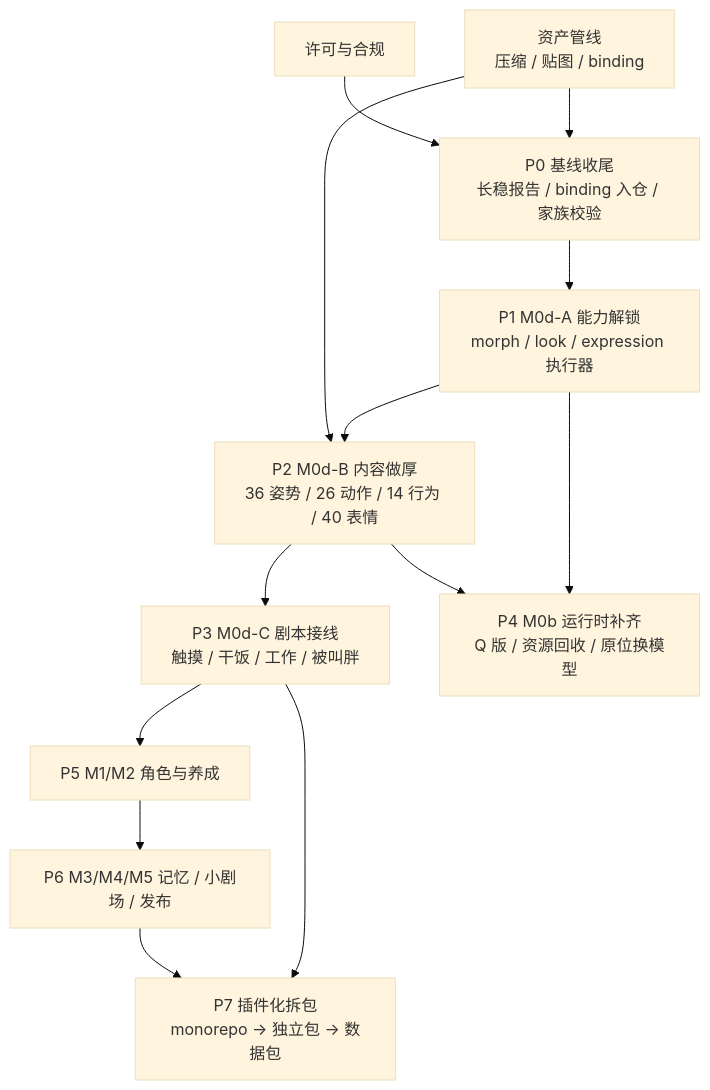
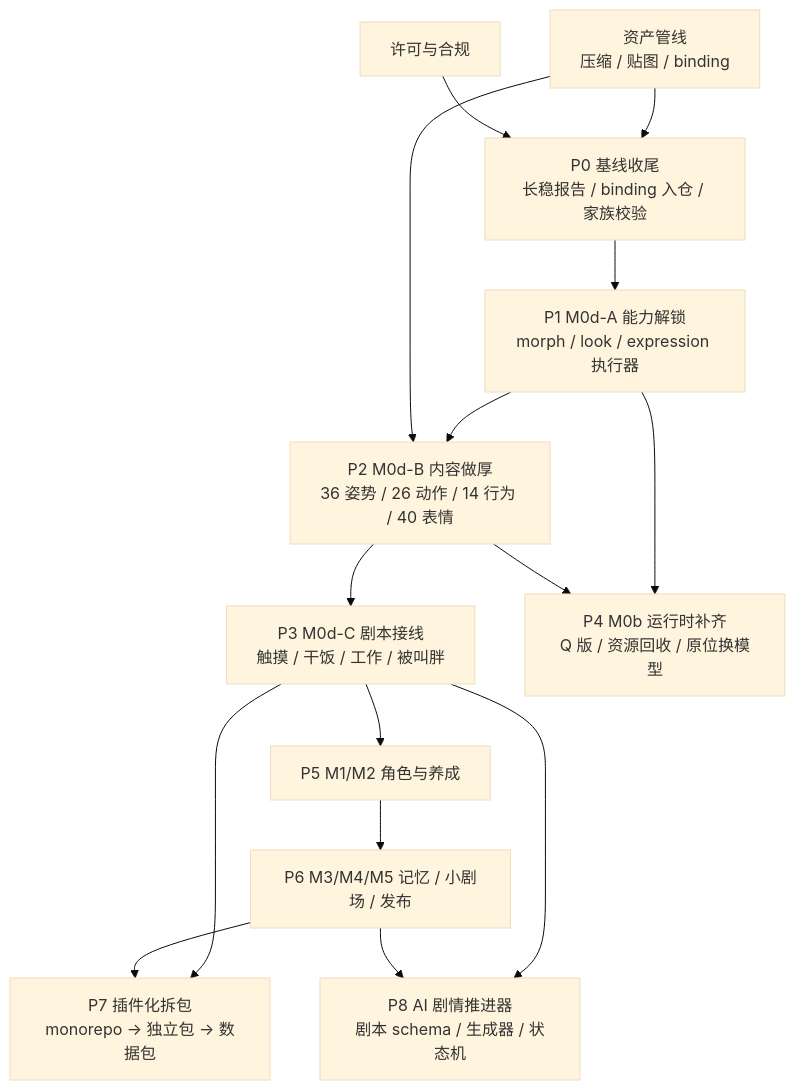
The diagram in docs/plan/v3.0/execution-roadmap.md (flashJJ/workBuddyForMe), drawn with Mermaid (base theme) before and after one commit. The commit also changed other lines of this file and 16 other files, not shown here.

````diff
--- a/docs/plan/v3.0/execution-roadmap.md
+++ b/docs/plan/v3.0/execution-roadmap.md
@@ -33,15 +33,17 @@
 ```mermaid
 flowchart TD
   P0["P0 基线收尾<br/>长稳报告 / binding 入仓 / 家族校验"] --> P1["P1 M0d-A 能力解锁<br/>morph / look / expression 执行器"]
   P1 --> P2["P2 M0d-B 内容做厚<br/>36 姿势 / 26 动作 / 14 行为 / 40 表情"]
   P2 --> P3["P3 M0d-C 剧本接线<br/>触摸 / 干饭 / 工作 / 被叫胖"]
   P3 --> P5["P5 M1/M2 角色与养成"]
   P5 --> P6["P6 M3/M4/M5 记忆 / 小剧场 / 发布"]
   P1 --> P4["P4 M0b 运行时补齐<br/>Q 版 / 资源回收 / 原位换模型"]
   P2 --> P4
   A["资产管线<br/>压缩 / 贴图 / binding"] --> P0
   A --> P2
   L["许可与合规"] --> P0
   P3 --> P7["P7 插件化拆包<br/>monorepo → 独立包 → 数据包"]
   P6 --> P7
+  P3 --> P8["P8 AI 剧情推进器<br/>剧本 schema / 生成器 / 状态机"]
+  P6 --> P8
 ```
````
